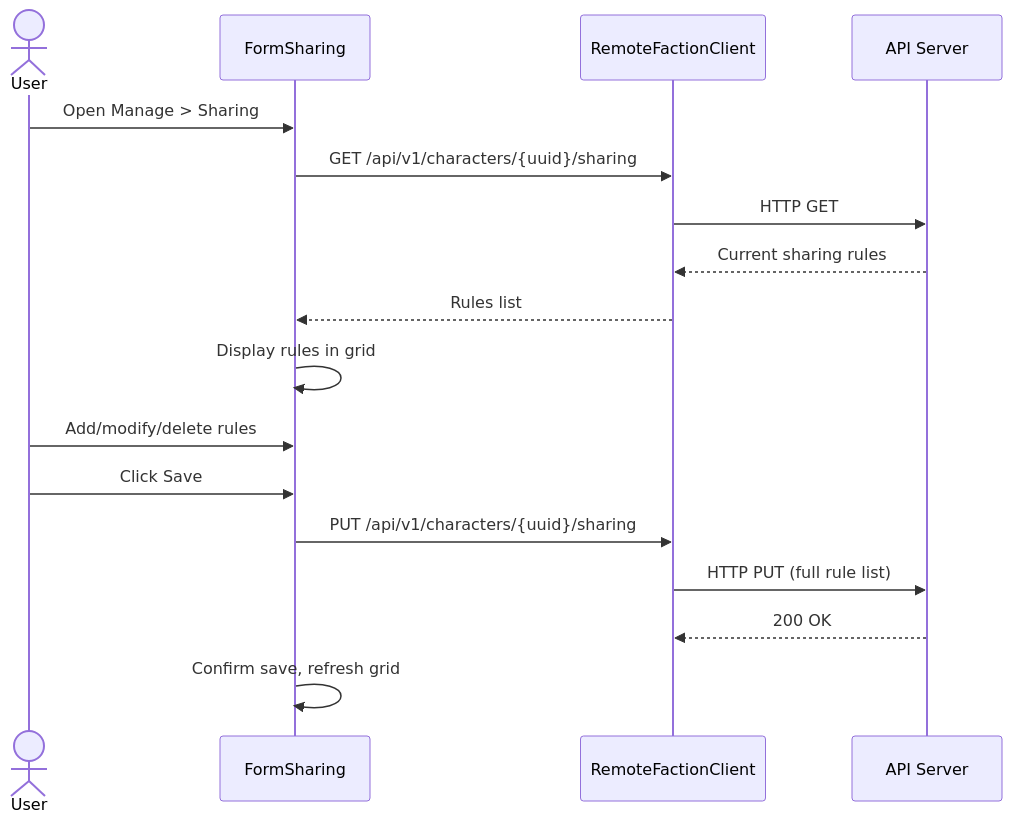
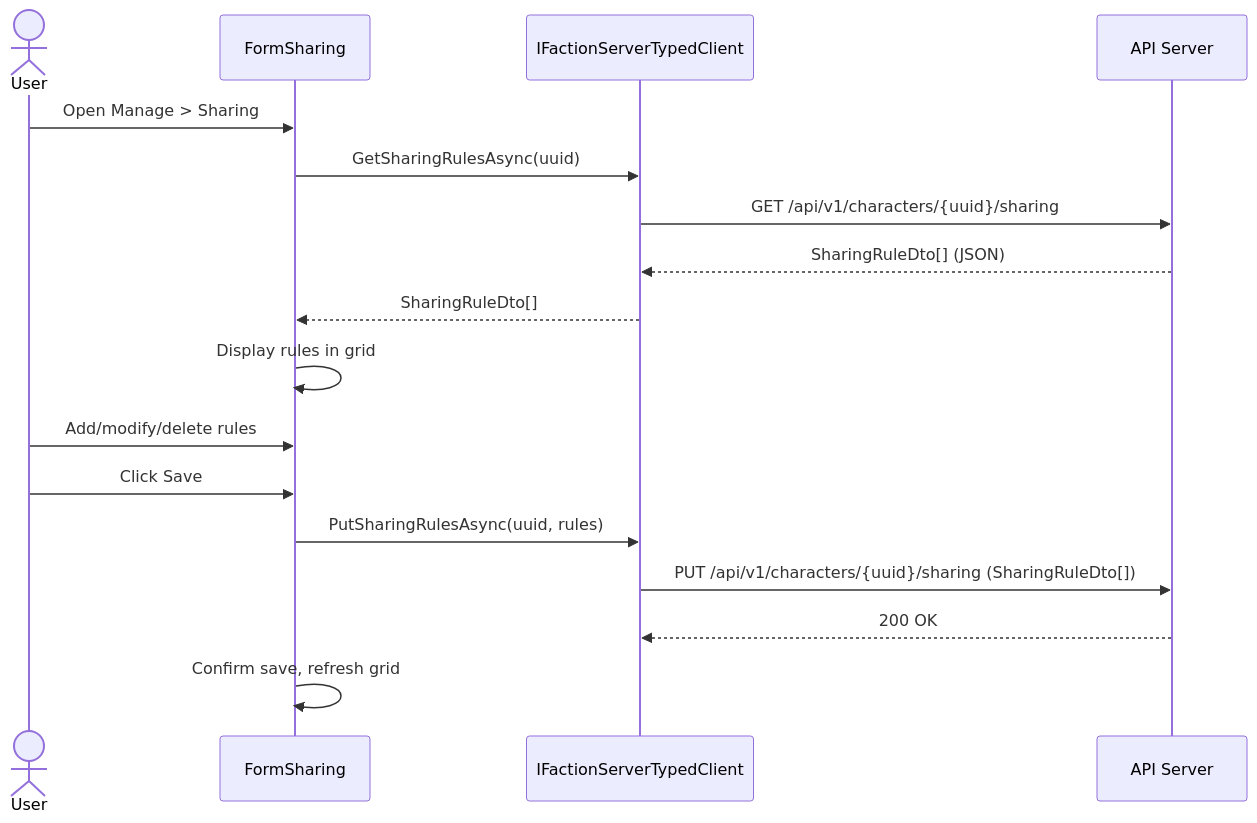
The diagram in spec/requirements/Sharing.md (scalorn/OuterEmpires2EmpireTracker), drawn with Mermaid before and after one commit. The commit also changed other lines of this file and 26 other files, not shown here.

First line of the commit message:
feat(tests): add remaining test tasks 7.1, 9.1, 9.2 for faction-server-typed-client

````diff
--- a/spec/requirements/Sharing.md
+++ b/spec/requirements/Sharing.md
@@ -56,20 +56,20 @@
 ```mermaid
 sequenceDiagram
     actor User
     participant Form as FormSharing
-    participant Client as RemoteFactionClient
+    participant Client as IFactionServerTypedClient
     participant Server as API Server
 
     User->>Form: Open Manage > Sharing
-    Form->>Client: GET /api/v1/characters/{uuid}/sharing
-    Client->>Server: HTTP GET
-    Server-->>Client: Current sharing rules
-    Client-->>Form: Rules list
+    Form->>Client: GetSharingRulesAsync(uuid)
+    Client->>Server: GET /api/v1/characters/{uuid}/sharing
+    Server-->>Client: SharingRuleDto[] (JSON)
+    Client-->>Form: SharingRuleDto[]
     Form->>Form: Display rules in grid
     User->>Form: Add/modify/delete rules
     User->>Form: Click Save
-    Form->>Client: PUT /api/v1/characters/{uuid}/sharing
-    Client->>Server: HTTP PUT (full rule list)
+    Form->>Client: PutSharingRulesAsync(uuid, rules)
+    Client->>Server: PUT /api/v1/characters/{uuid}/sharing (SharingRuleDto[])
     Server-->>Client: 200 OK
     Form->>Form: Confirm save, refresh grid
 ```
````
